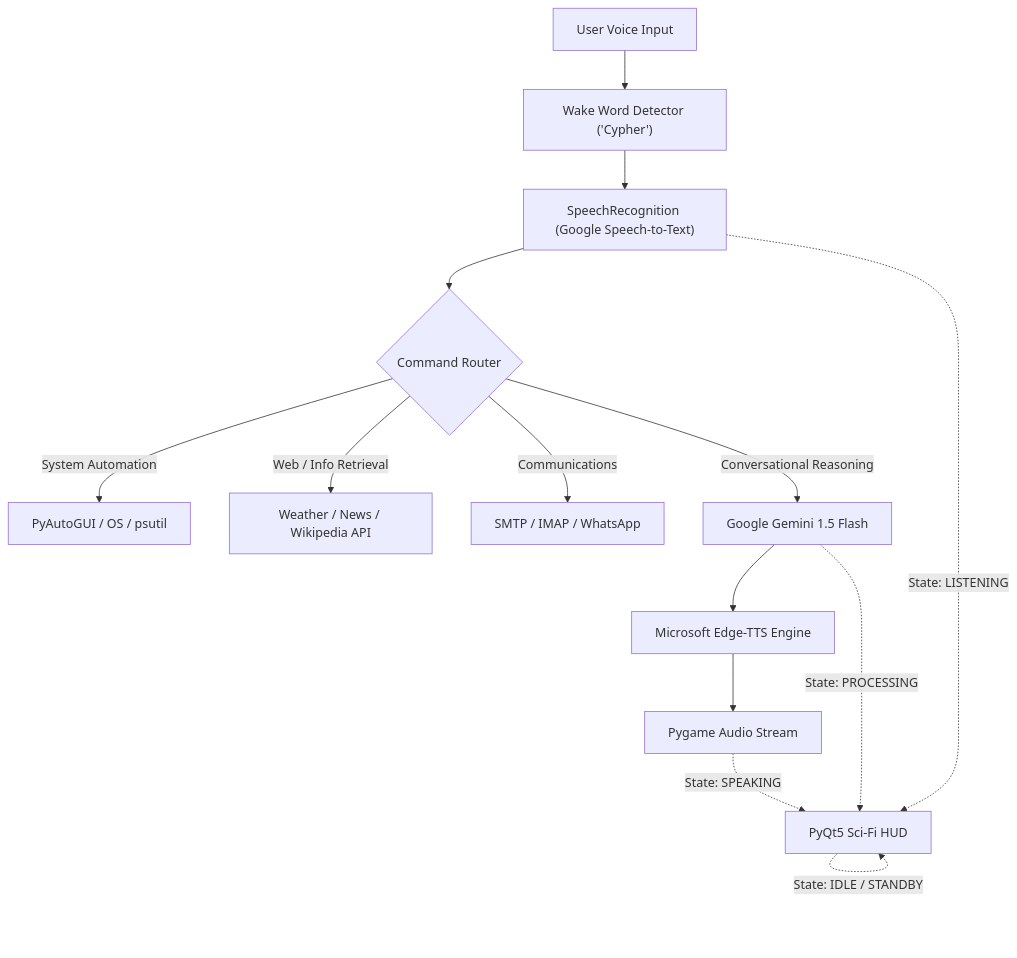
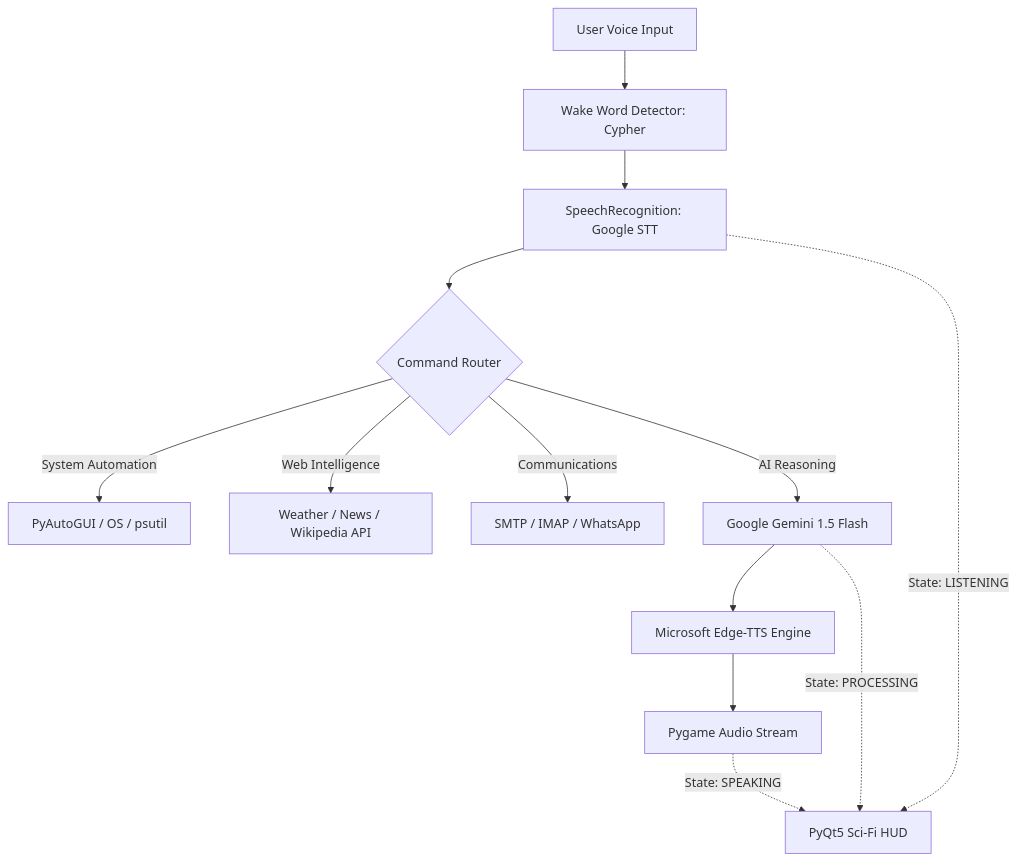
The diagram in README.md (pattanayakpratik/Cypher-AI), drawn with Mermaid before and after one commit.

Commit message:
docs: fix mermaid architecture diagram syntax for GitHub rendering

````diff
--- a/README.md
+++ b/README.md
@@ -100,19 +100,18 @@
 ```mermaid
-flowchart TD
-    A["User Voice Input"] --> B["Wake Word Detector ('Cypher')"]
-    B --> C["SpeechRecognition (Google Speech-to-Text)"]
-    C --> D{"Command Router"}
+graph TD
+    A[User Voice Input] --> B[Wake Word Detector: Cypher]
+    B --> C[SpeechRecognition: Google STT]
+    C --> D{Command Router}
     
-    D -->|"System Automation"| E["PyAutoGUI / OS / psutil"]
-    D -->|"Web / Info Retrieval"| F["Weather / News / Wikipedia API"]
-    D -->|"Communications"| G["SMTP / IMAP / WhatsApp"]
-    D -->|"Conversational Reasoning"| H["Google Gemini 1.5 Flash"]
+    D -->|System Automation| E[PyAutoGUI / OS / psutil]
+    D -->|Web Intelligence| F[Weather / News / Wikipedia API]
+    D -->|Communications| G[SMTP / IMAP / WhatsApp]
+    D -->|AI Reasoning| H[Google Gemini 1.5 Flash]
     
-    H --> I["Microsoft Edge-TTS Engine"]
-    I --> J["Pygame Audio Stream"]
+    H --> I[Microsoft Edge-TTS Engine]
+    I --> J[Pygame Audio Stream]
     
-    C -.->|"State: LISTENING"| K["PyQt5 Sci-Fi HUD"]
-    H -.->|"State: PROCESSING"| K
-    J -.->|"State: SPEAKING"| K
-    K -.->|"State: IDLE / STANDBY"| K
+    C -.->|State: LISTENING| K[PyQt5 Sci-Fi HUD]
+    H -.->|State: PROCESSING| K
+    J -.->|State: SPEAKING| K
 ```
````
